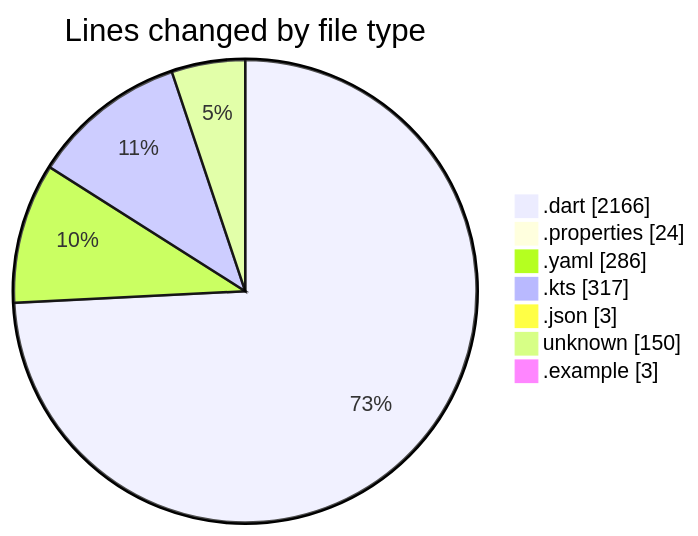
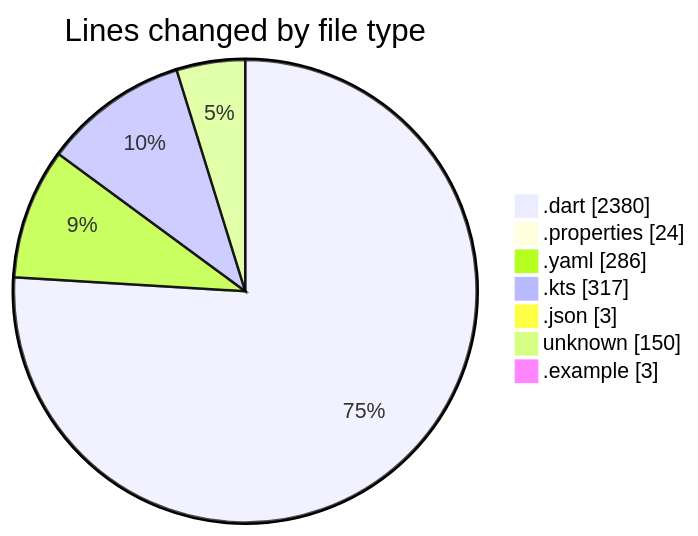
The first of 2 diagrams in 2025-10-31/weather_insights_app/README.md (donsfak/code-tracking), drawn with Mermaid before and after one commit. The commit also changed other lines of this file and 1 other file, not shown here.

````diff
--- a/2025-10-31/weather_insights_app/README.md
+++ b/2025-10-31/weather_insights_app/README.md
@@ -31,11 +35,11 @@
 ```mermaid
 pie showData
 title Lines changed by file type
-".dart" : 2166
+".dart" : 2380
 ".properties" : 24
 ".yaml" : 286
 ".kts" : 317
 ".json" : 3
 "unknown" : 150
 ".example" : 3
 ```
````
